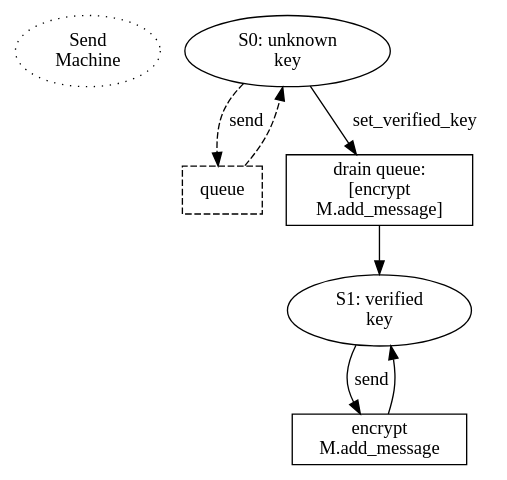
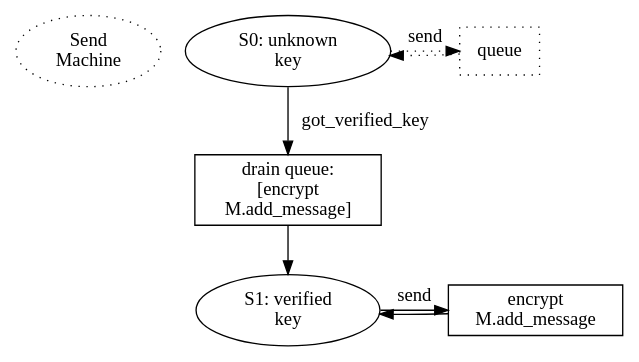
Before and after one commit to magic-wormhole/magic-wormhole: the diagram in docs/send.dot, drawn with Graphviz. The commit also changed 7 other files, not shown here.

```diff
--- a/docs/send.dot
+++ b/docs/send.dot
@@ -1,16 +1,19 @@
 digraph {
         start [label="Send\nMachine" style="dotted"]
 
+        {rank=same; S0 P0_queue}
+        {rank=same; S1 P1_send}
+        
         S0 [label="S0: unknown\nkey"]
-        S0 -> P0_queue [label="send" style="dashed"]
-        P0_queue [shape="box" label="queue" style="dashed"]
-        P0_queue -> S0 [style="dashed"]
-        S0 -> P0_got_key [label="set_verified_key"]
+        S0 -> P0_queue [label="send" style="dotted"]
+        P0_queue [shape="box" label="queue" style="dotted"]
+        P0_queue -> S0 [style="dotted"]
+        S0 -> P0_got_key [label="got_verified_key"]
 
         P0_got_key [shape="box" label="drain queue:\n[encrypt\n M.add_message]"]
         P0_got_key -> S1
         S1 [label="S1: verified\nkey"]
         S1 -> P1_send [label="send"]
         P1_send [shape="box" label="encrypt\nM.add_message"]
         P1_send -> S1
 }
```
